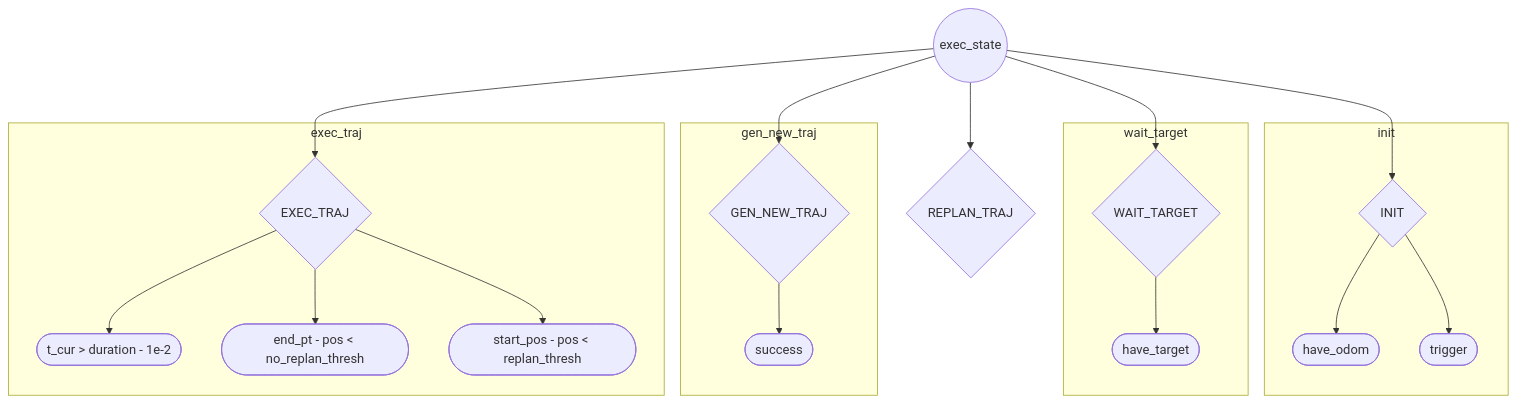
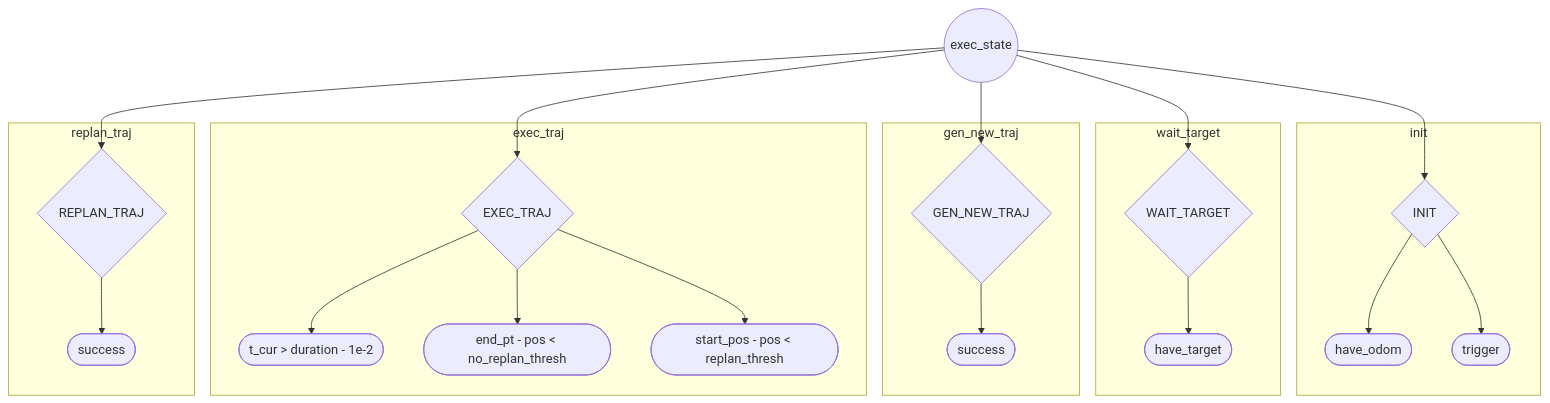
Before and after one commit to Dieptranivsr/drone_extend: the first of 2 diagrams in sp_code/create_table.md, drawn with Mermaid.

````diff
--- a/sp_code/create_table.md
+++ b/sp_code/create_table.md
@@ -1,23 +1,26 @@
 ```mermaid
 flowchart TB
     id1((exec_state)) --> id2{INIT}
     id1 --> id3{WAIT_TARGET}
     id1 --> id4{GEN_NEW_TRAJ}
     id1 --> id5{EXEC_TRAJ}
     id1 --> id6{REPLAN_TRAJ}
     subgraph init
         id2 --> id7([have_odom])
         id2 --> id8([trigger])
     end
     subgraph wait_target
         id3 --> id9([have_target])
     end
     subgraph gen_new_traj
         id4 --> id10([success])
     end
     subgraph exec_traj
         id5 --> id11([t_cur > duration - 1e-2])
         id5 --> id12([end_pt - pos < no_replan_thresh])
         id5 --> id13([start_pos - pos < replan_thresh])
     end
+    subgraph replan_traj
+        id6 --> id14([success])
+    end
 ```
````
